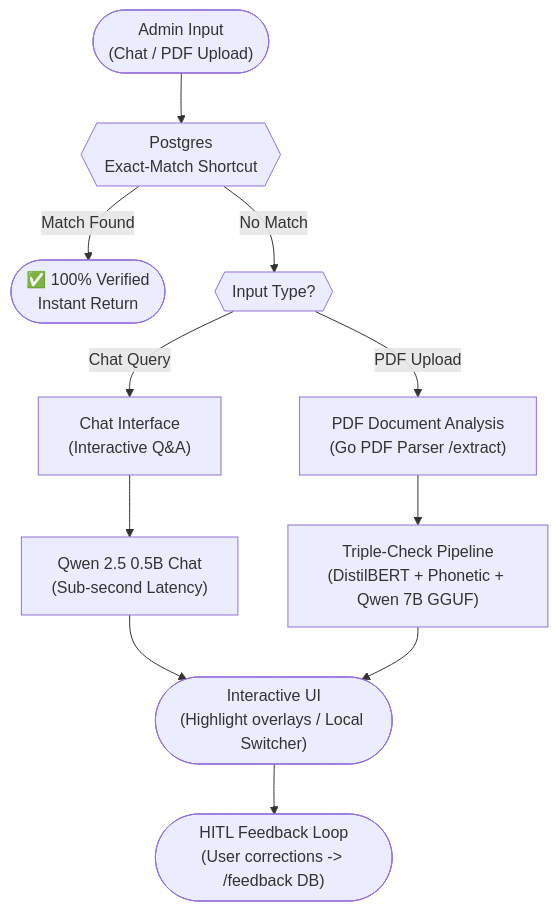
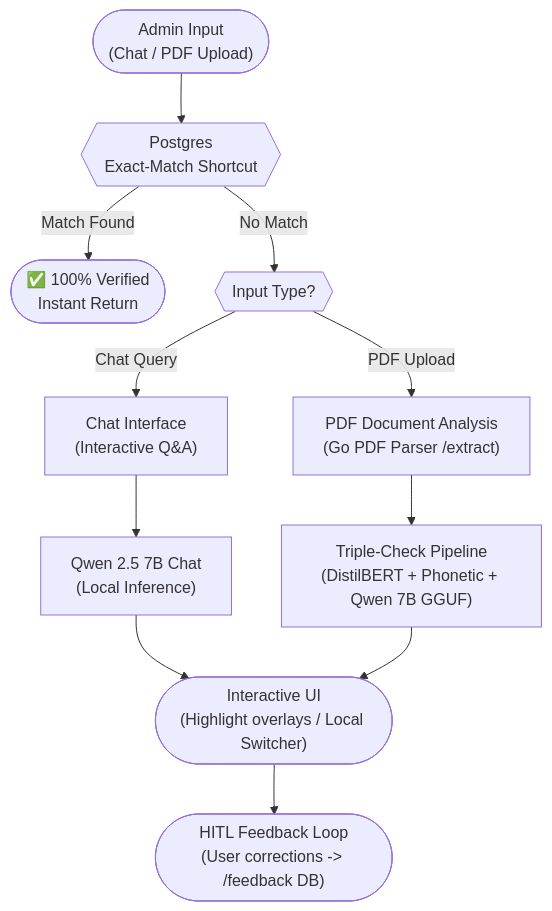
Before and after one commit to prabhsharan1/Research_iSocrates: the first of 2 diagrams in README.md, drawn with Mermaid. The commit also changed other lines of this file, not shown here.

````diff
--- a/README.md
+++ b/README.md
@@ -15,24 +15,24 @@
 ```mermaid
 flowchart TD
     A1(["Admin Input\n(Chat / PDF Upload)"])
     B1{{"Postgres\nExact-Match Shortcut"}}
     C1(["✅ 100% Verified\nInstant Return"])
     D1{{"Input Type?"}}
     E1["Chat Interface\n(Interactive Q&A)"]
-    F1["Qwen 2.5 0.5B Chat\n(Sub-second Latency)"]
+    F1["Qwen 2.5 7B Chat\n(Local Inference)"]
     G1["PDF Document Analysis\n(Go PDF Parser /extract)"]
     H1["Triple-Check Pipeline\n(DistilBERT + Phonetic + Qwen 7B GGUF)"]
     I1(["Interactive UI\n(Highlight overlays / Local Switcher)"])
     J1(["HITL Feedback Loop\n(User corrections -> /feedback DB)"])
 
     A1 --> B1
     B1 -- "Match Found" --> C1
     B1 -- "No Match" --> D1
     D1 -- "Chat Query" --> E1
     E1 --> F1
     F1 --> I1
     D1 -- "PDF Upload" --> G1
     G1 --> H1
     H1 --> I1
     I1 --> J1
 ```
````
